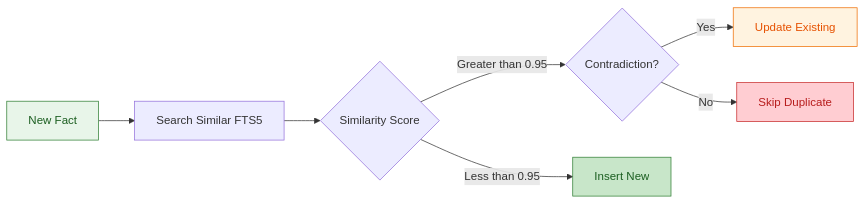
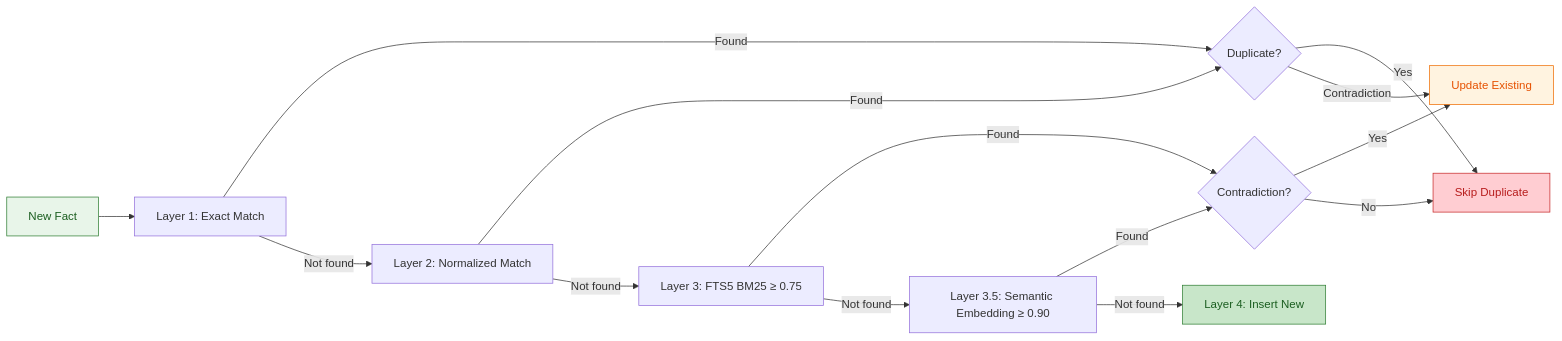
Before and after one commit to luksamuk/sprachspiel: the seventh of 9 diagrams in doc/src/development/memory-architecture.md, drawn with Mermaid. The commit also changed other lines of this file and 5 other files, not shown here.

````diff
--- a/doc/src/development/memory-architecture.md
+++ b/doc/src/development/memory-architecture.md
@@ -342,14 +360,21 @@
 ```mermaid
 graph LR
-    A[New Fact] --> B[Search Similar FTS5]
-    B --> C{Similarity Score}
-    C -->|Greater than 0.95| D{Contradiction?}
-    C -->|Less than 0.95| E[Insert New]
-    D -->|Yes| F[Update Existing]
-    D -->|No| G[Skip Duplicate]
+    A[New Fact] --> B[Layer 1: Exact Match]
+    B -->|Found| C{Duplicate?}
+    B -->|Not found| D[Layer 2: Normalized Match]
+    D -->|Found| C
+    D -->|Not found| E[Layer 3: FTS5 BM25 ≥ 0.75]
+    E -->|Found| F{Contradiction?}
+    E -->|Not found| G[Layer 3.5: Semantic Embedding ≥ 0.90]
+    G -->|Found| F
+    G -->|Not found| H[Layer 4: Insert New]
+    F -->|Yes| I[Update Existing]
+    F -->|No| J[Skip Duplicate]
+    C -->|Yes| J
+    C -->|Contradiction| I
     
     style A fill:#e8f5e9,stroke:#2e7d32,color:#1b5e20
-    style E fill:#c8e6c9,stroke:#2e7d32,color:#1b5e20
-    style F fill:#fff3e0,stroke:#ef6c00,color:#e65100
-    style G fill:#ffcdd2,stroke:#c62828,color:#b71c1c
+    style H fill:#c8e6c9,stroke:#2e7d32,color:#1b5e20
+    style I fill:#fff3e0,stroke:#ef6c00,color:#e65100
+    style J fill:#ffcdd2,stroke:#c62828,color:#b71c1c
 ```
````
